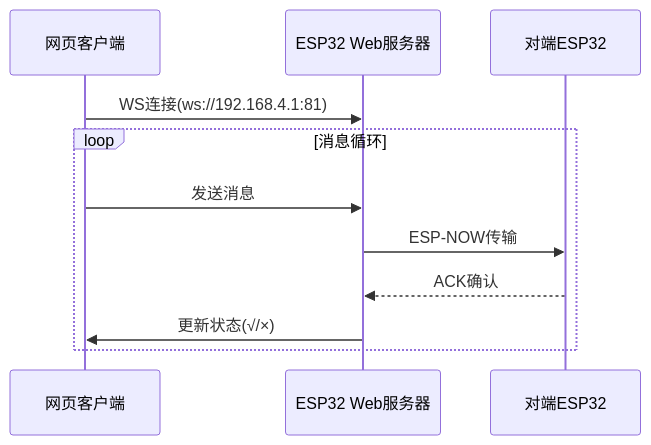
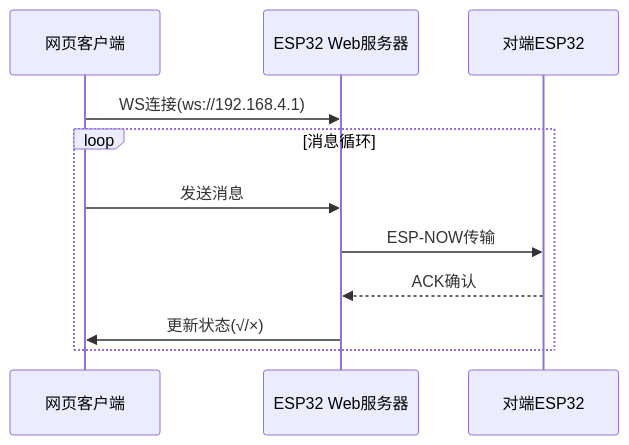
Before and after one commit to electronicminer/esp_now_chat: the diagram in README.md, drawn with Mermaid.

````diff
--- a/README.md
+++ b/README.md
@@ -72,14 +72,14 @@
 ```mermaid
 sequenceDiagram
     participant Web as 网页客户端
     participant Server as ESP32 Web服务器
     participant Peer as 对端ESP32
     
-    Web->>Server: WS连接(ws://192.168.4.1:81)
+    Web->>Server: WS连接(ws://192.168.4.1)
     loop 消息循环
         Web->>Server: 发送消息
         Server->>Peer: ESP-NOW传输
         Peer-->>Server: ACK确认
         Server->>Web: 更新状态(√/×)
     end
 ```
````
